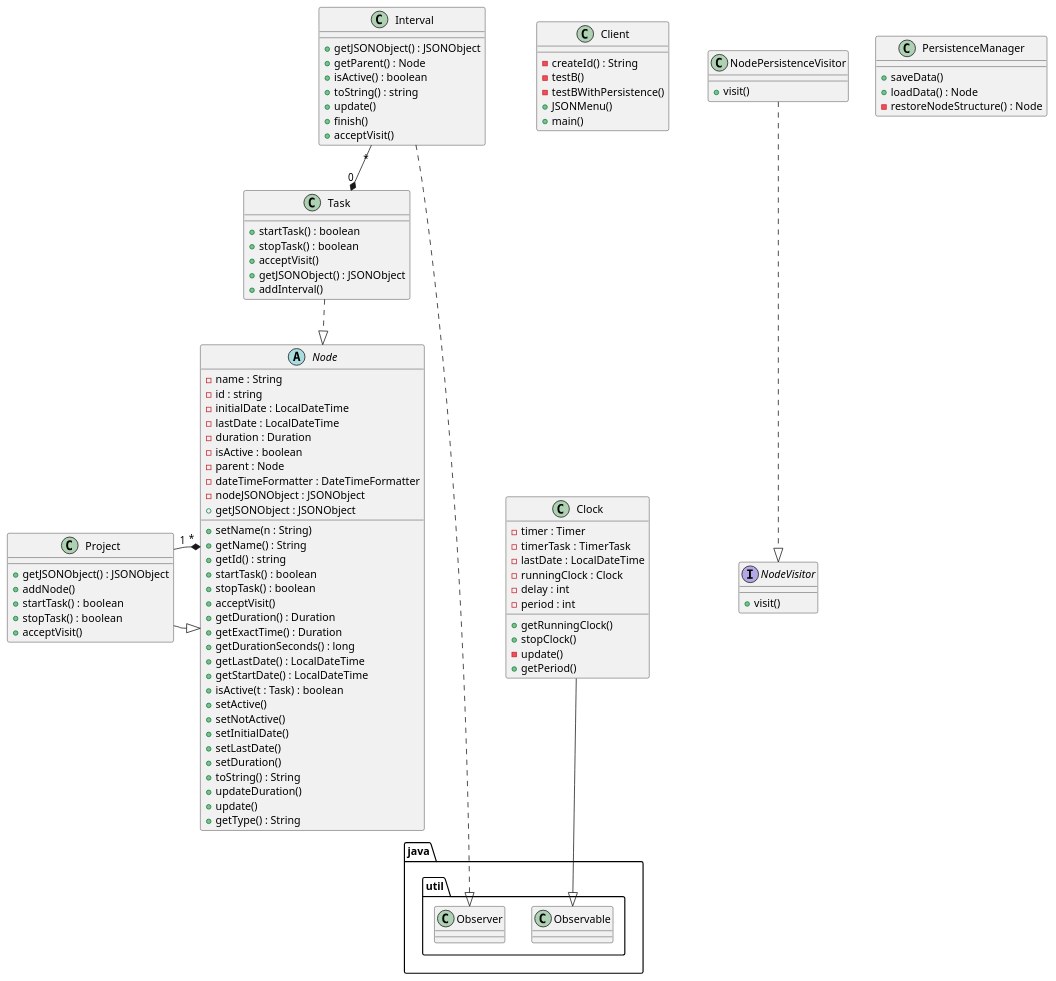
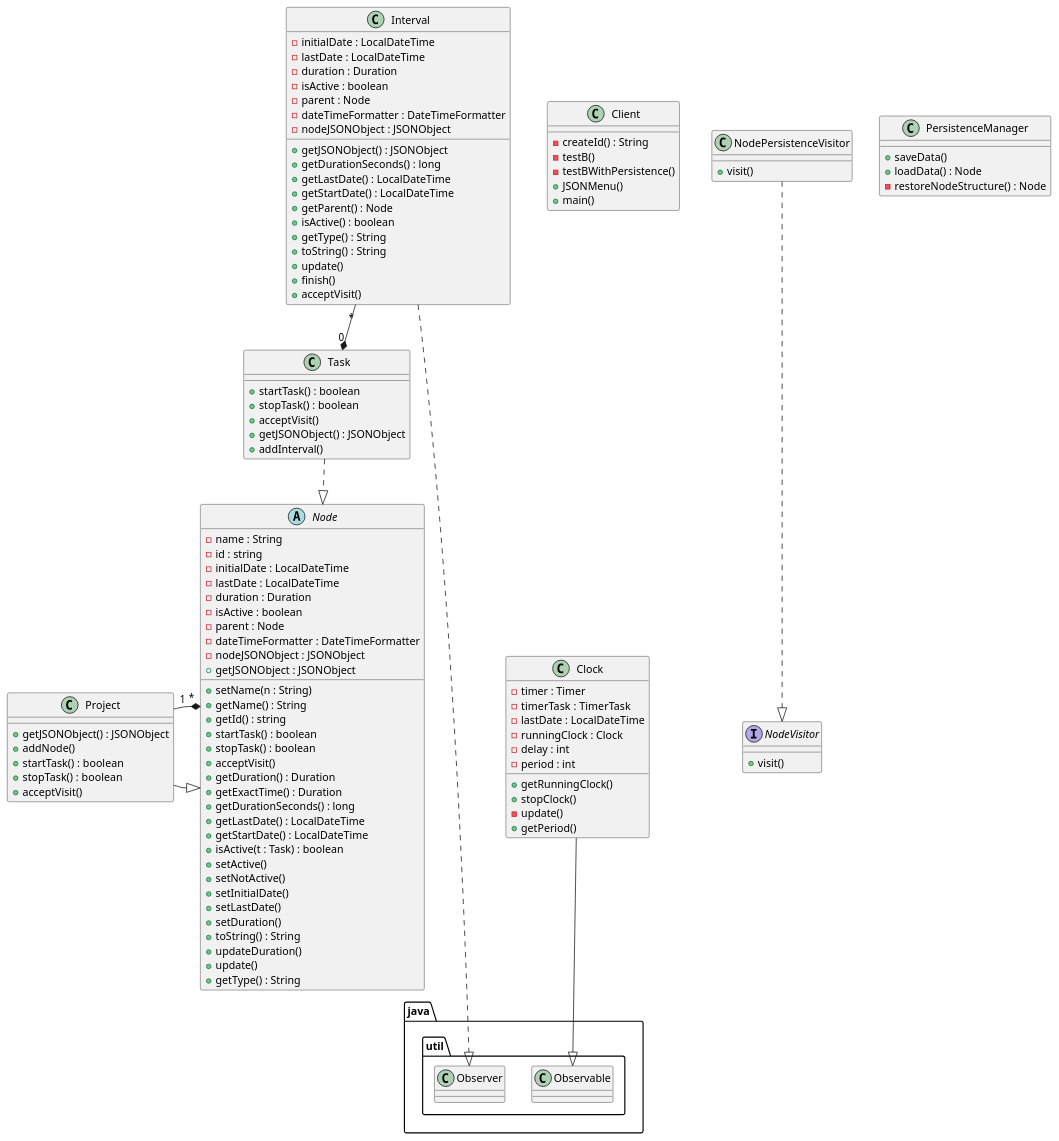
One commit to gonzaloarilla/DS_TimeTracker changed the diagram in src/uml.puml. Above: the diagram before and after it, drawn with PlantUML.

Commit message:
UML updated

```diff
--- a/src/uml.puml
+++ b/src/uml.puml
@@ -1,105 +1,116 @@
 @startuml
 class Client {
 - createId() : String
 - testB()
 - testBWithPersistence()
 + JSONMenu()
 + main()
 }
 
 abstract Node {
 - name : String
 - id : string
 - initialDate : LocalDateTime
 - lastDate : LocalDateTime
 - duration : Duration
 - isActive : boolean
 - parent : Node
 - dateTimeFormatter : DateTimeFormatter
 - nodeJSONObject : JSONObject
 + getJSONObject : JSONObject
 + setName(n : String)
 + getName() : String
 + getId() : string
 + startTask() : boolean
 + stopTask() : boolean
 + acceptVisit()
 + getDuration() : Duration
 + getExactTime() : Duration
 + getDurationSeconds() : long
 + getLastDate() : LocalDateTime
 + getStartDate() : LocalDateTime
 + isActive(t : Task) : boolean
 + setActive()
 + setNotActive()
 + setInitialDate()
 + setLastDate()
 + setDuration()
 + toString() : String
 + updateDuration()
 + update()
 + getType() : String
 }
 
 class Project {
 + getJSONObject() : JSONObject
 + addNode()
 + startTask() : boolean
 + stopTask() : boolean
 + acceptVisit()
 }
 
 class Task {
 + startTask() : boolean
 + stopTask() : boolean
 + acceptVisit()
 + getJSONObject() : JSONObject
 + addInterval()
 }
 
 class Interval {
+- initialDate : LocalDateTime
+- lastDate : LocalDateTime
+- duration : Duration
+- isActive : boolean
+- parent : Node
+- dateTimeFormatter : DateTimeFormatter
+- nodeJSONObject : JSONObject
 + getJSONObject() : JSONObject
++ getDurationSeconds() : long
++ getLastDate() : LocalDateTime
++ getStartDate() : LocalDateTime
 + getParent() : Node
 + isActive() : boolean
-+ toString() : string
++ getType() : String
++ toString() : String
 + update()
 + finish()
 + acceptVisit()
 }
 
 class Clock {
 - timer : Timer
 - timerTask : TimerTask
 - lastDate : LocalDateTime
 - runningClock : Clock
 - delay : int
 - period : int
 + getRunningClock()
 + stopClock()
 - update()
 + getPeriod()
 }
 
 class NodePersistenceVisitor {
 + visit()
 }
 
 interface NodeVisitor {
 + visit()
 }
 
 class PersistenceManager {
 + saveData()
 + loadData() : Node
 - restoreNodeStructure() : Node
 }
 
 Project -|> Node
 Node "*" *-- "1" Project
 Task -.|> Node
 Clock -down-|> java.util.Observable
 Interval -.down.-|> java.util.Observer
 Interval "*" --* "0" Task
 NodePersistenceVisitor -.down-|> NodeVisitor
 
 @enduml
```
